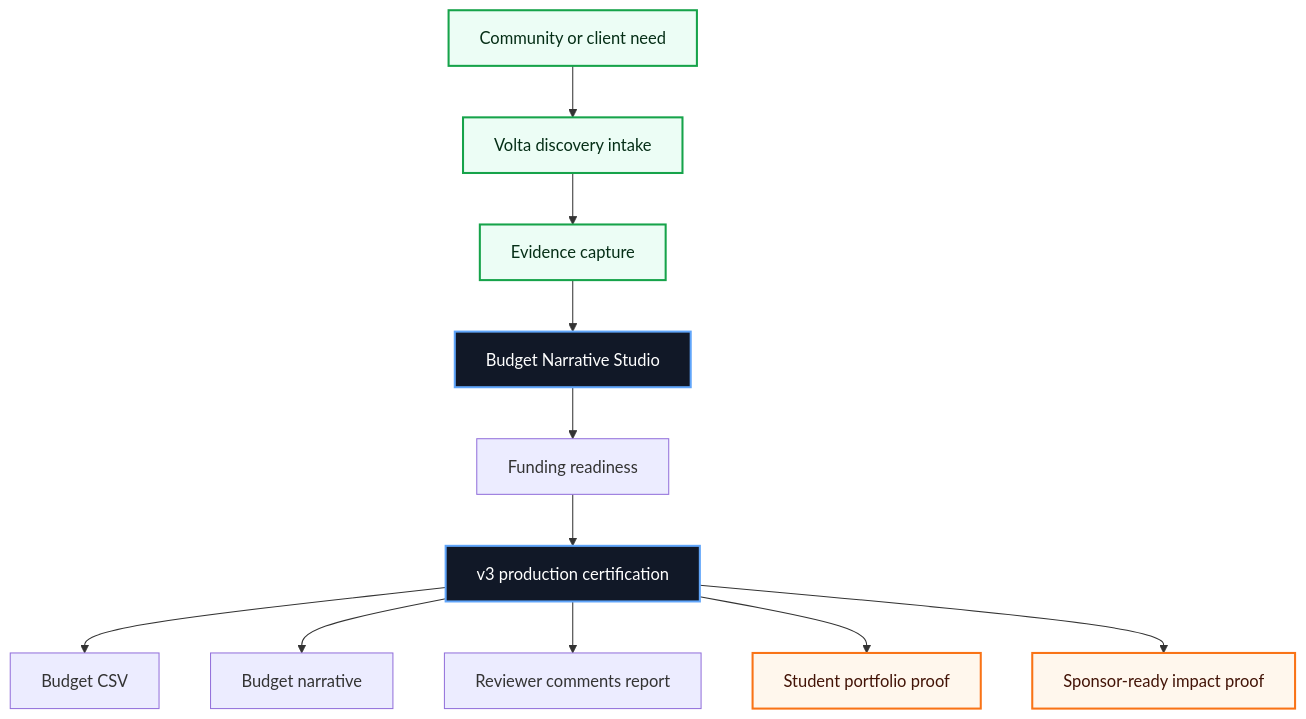
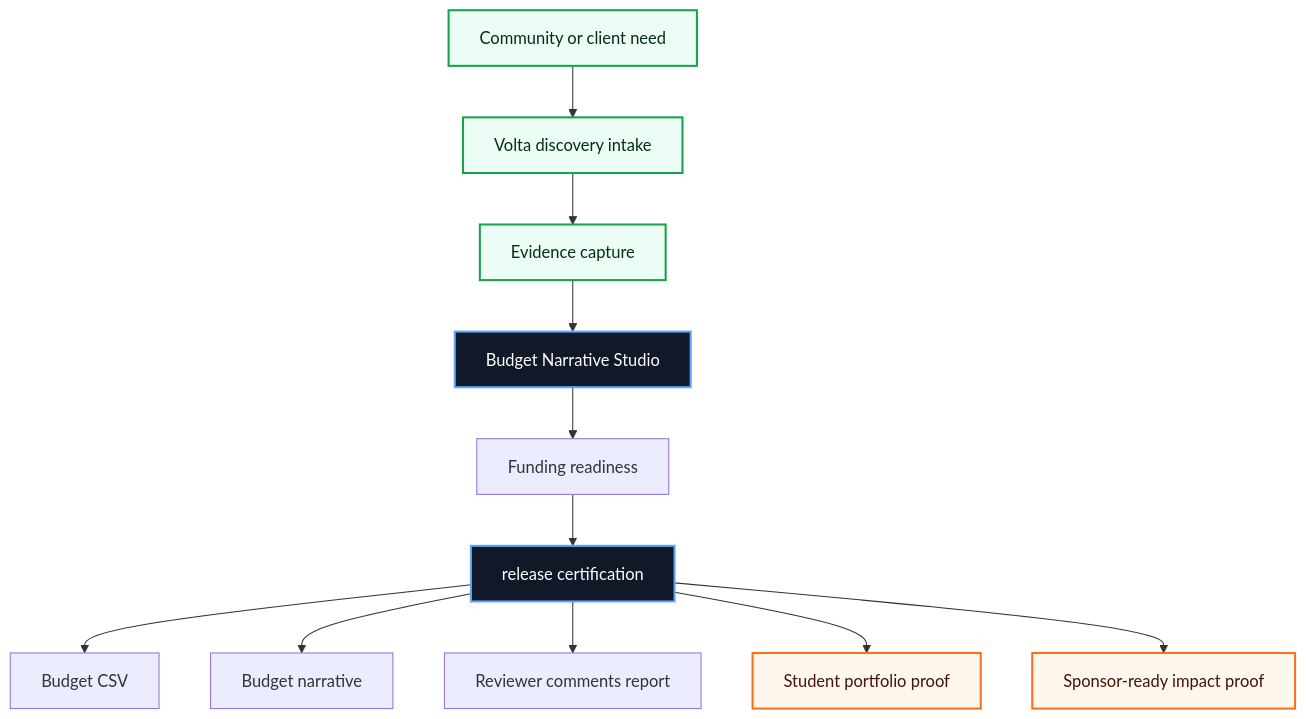
Before and after one commit to volta-npo/budget-narrative-studio: the first of 3 diagrams in README.md, drawn with Mermaid. The commit also changed other lines of this file and 28 other files, not shown here.

````diff
--- a/README.md
+++ b/README.md
@@ -43,20 +43,20 @@
 ```mermaid
 flowchart TD
     Need["Community or client need"] --> Intake["Volta discovery intake"]
     Intake --> Evidence["Evidence capture"]
     Evidence --> Workbench["Budget Narrative Studio"]
     Workbench --> Score["Funding readiness"]
-    Score --> Cert["v3 production certification"]
+    Score --> Cert["release certification"]
     Cert --> A1["Budget CSV"]
     Cert --> A2["Budget narrative"]
     Cert --> A3["Reviewer comments report"]
     Cert --> Student["Student portfolio proof"]
     Cert --> Sponsor["Sponsor-ready impact proof"]
 
     classDef volta fill:#111827,stroke:#60a5fa,color:#ffffff,stroke-width:2px;
     classDef equity fill:#ecfdf5,stroke:#16a34a,color:#052e16,stroke-width:2px;
     classDef proof fill:#fff7ed,stroke:#f97316,color:#431407,stroke-width:2px;
     class Workbench,Cert volta;
     class Need,Intake,Evidence equity;
     class Student,Sponsor proof;
 ```
````
